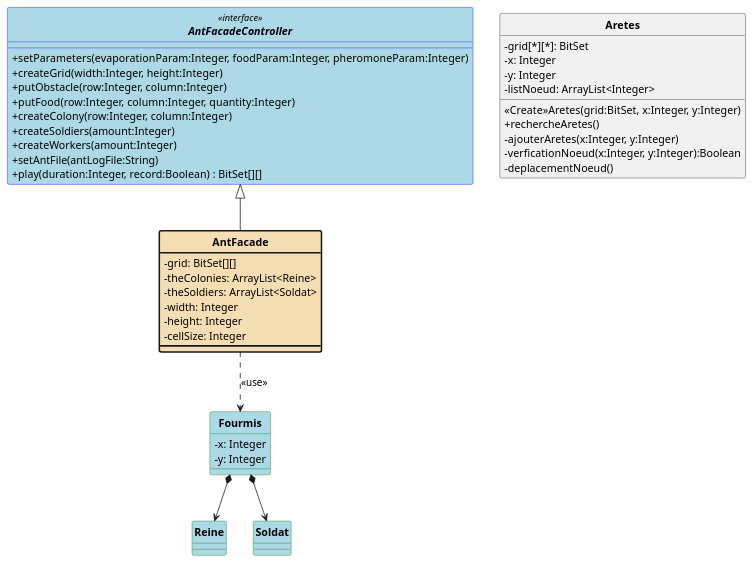
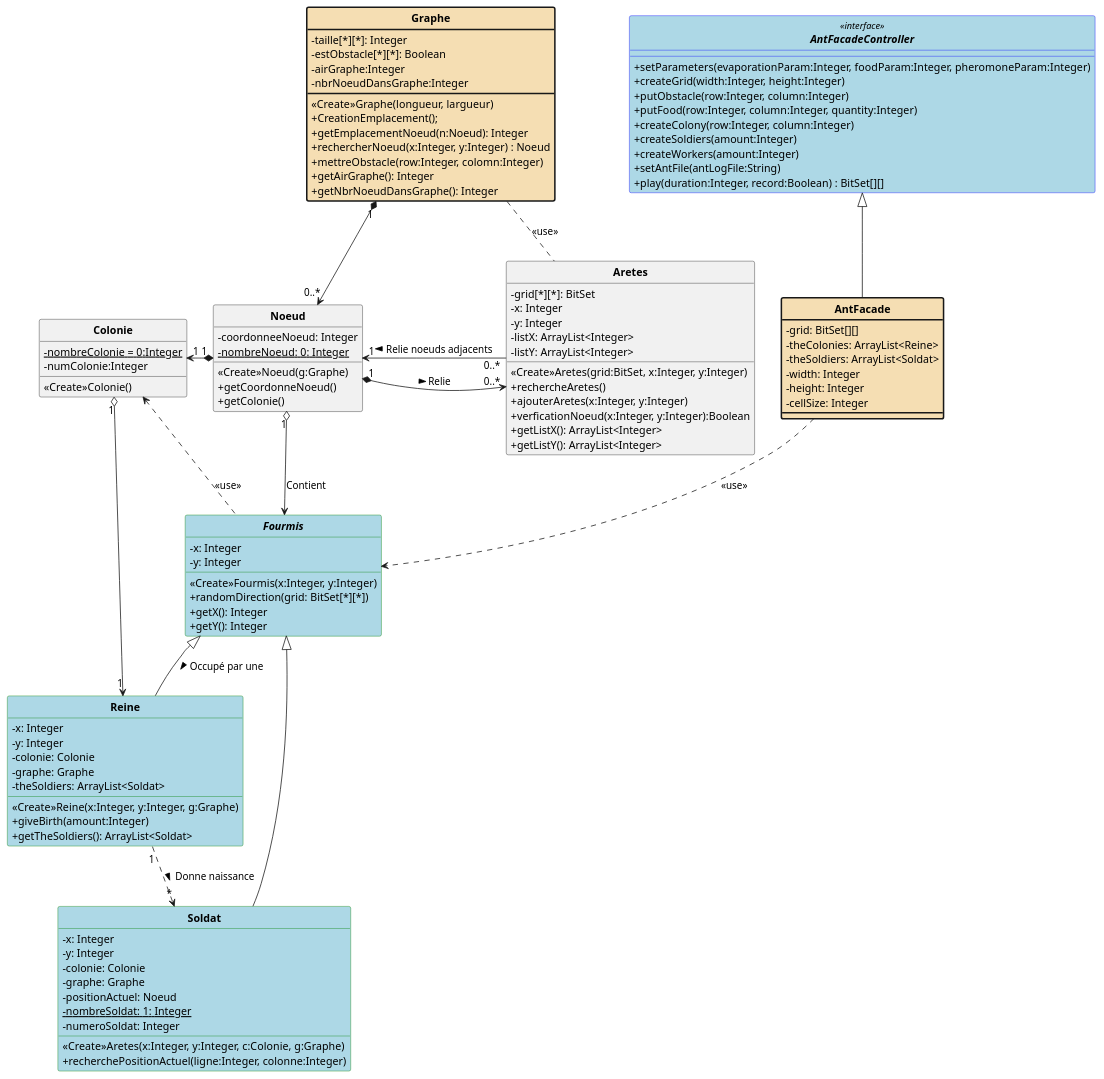
The diagram in plantUML/V1/Fourmis_DC_Conception.puml (jvondermarck/ant-colony), drawn with PlantUML before and after one commit. The commit also changed 12 other files, not shown here.

```diff
--- a/plantUML/V1/Fourmis_DC_Conception.puml
+++ b/plantUML/V1/Fourmis_DC_Conception.puml
@@ -1,63 +1,128 @@
 @startuml
 'https://plantuml.com/class-diagram
 
 skinparam style strictuml
 skinparam classAttributeIconSize 0
 skinparam classFontStyle Bold
 hide enum methods
 
 
 interface AntFacadeController <<interface>> #lightblue;line:blue {
     +setParameters(evaporationParam:Integer, foodParam:Integer, pheromoneParam:Integer)
     +createGrid(width:Integer, height:Integer)
     +putObstacle(row:Integer, column:Integer)
     +putFood(row:Integer, column:Integer, quantity:Integer)
     +createColony(row:Integer, column:Integer)
     +createSoldiers(amount:Integer)
     +createWorkers(amount:Integer)
     +setAntFile(antLogFile:String)
     +play(duration:Integer, record:Boolean) : BitSet[][]
+}
 
+class Graphe #back:Wheat;line.bold {
+    -taille[*][*]: Integer
+    -estObstacle[*][*]: Boolean
+    -airGraphe:Integer
+    -nbrNoeudDansGraphe:Integer
+
+    <<Create>>Graphe(longueur, largueur)
+    +CreationEmplacement();
+    +getEmplacementNoeud(n:Noeud): Integer
+    +rechercherNoeud(x:Integer, y:Integer) : Noeud
+    +mettreObstacle(row:Integer, colomn:Integer)
+    +getAirGraphe(): Integer
+    +getNbrNoeudDansGraphe(): Integer
+}
+
+class Colonie {
+    -{static} nombreColonie = 0:Integer
+    -numColonie:Integer
+    <<Create>>Colonie()
+}
+
+class Noeud{
+    -coordonneeNoeud: Integer
+    -{static} nombreNoeud: 0: Integer
+
+    <<Create>>Noeud(g:Graphe)
+    +getCoordonneNoeud()
+    +getColonie()
 }
 
 class AntFacade #back:Wheat;line.bold {
     -grid: BitSet[][]
     -theColonies: ArrayList<Reine>
     -theSoldiers: ArrayList<Soldat>
     -width: Integer
     -height: Integer
     -cellSize: Integer
 }
 
 class Aretes {
     -grid[*][*]: BitSet
     -x: Integer
     -y: Integer
-    -listNoeud: ArrayList<Integer>
+    -listX: ArrayList<Integer>
+    -listY: ArrayList<Integer>
 
     <<Create>>Aretes(grid:BitSet, x:Integer, y:Integer)
     +rechercheAretes()
-    -ajouterAretes(x:Integer, y:Integer)
-    -verficationNoeud(x:Integer, y:Integer):Boolean
-    -deplacementNoeud()
+    +ajouterAretes(x:Integer, y:Integer)
+    +verficationNoeud(x:Integer, y:Integer):Boolean
+    +getListX(): ArrayList<Integer>
+    +getListY(): ArrayList<Integer>
 }
 
-class Fourmis #lightblue;line:green {
+abstract class Fourmis #lightblue;line:green {
     -x: Integer
     -y: Integer
+
+    <<Create>>Fourmis(x:Integer, y:Integer)
+    +randomDirection(grid: BitSet[*][*])
+    +getX(): Integer
+    +getY(): Integer
 }
 
 class Reine #lightblue;line:green {
+    -x: Integer
+    -y: Integer
+    -colonie: Colonie
+    -graphe: Graphe
+    -theSoldiers: ArrayList<Soldat>
 
+    <<Create>>Reine(x:Integer, y:Integer, g:Graphe)
+    +giveBirth(amount:Integer)
+    +getTheSoldiers(): ArrayList<Soldat>
 }
 
 class Soldat #lightblue;line:green {
+    -x: Integer
+    -y: Integer
+    -colonie: Colonie
+    -graphe: Graphe
+    -positionActuel: Noeud
+    -{static} nombreSoldat: 1: Integer
+    -numeroSoldat: Integer
 
+    <<Create>>Aretes(x:Integer, y:Integer, c:Colonie, g:Graphe)
+    +recherchePositionActuel(ligne:Integer, colonne:Integer)
 }
 
 AntFacadeController <|-- AntFacade
 AntFacade ..> Fourmis : <<use>>
-Fourmis *--> Reine
-Fourmis *--> Soldat
+
+Graphe "1" *--> "0..*" Noeud
+
+Noeud "\n1" *-> "0..*" Aretes : \n Relie  >
+Aretes "0..*" -> "1" Noeud : Relie noeuds adjacents >
+
+Graphe .. Aretes : <<use>>
+Noeud "1" *-left> "1" Colonie
+Colonie <.. Fourmis : <<use>>
+Reine "1" <-lefto "1" Colonie
+Noeud "1" o--> Fourmis : Contient
+Fourmis <|-- Reine : Occupé par une >
+Fourmis <|-- Soldat
+Reine "1" ..> "*" Soldat : Donne naissance >
 
 @enduml
```
